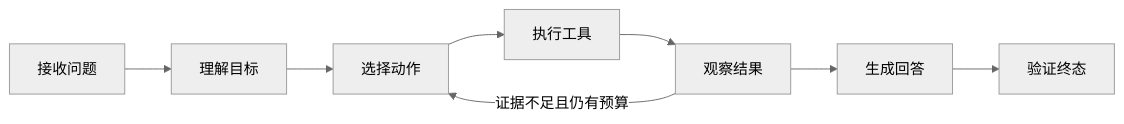
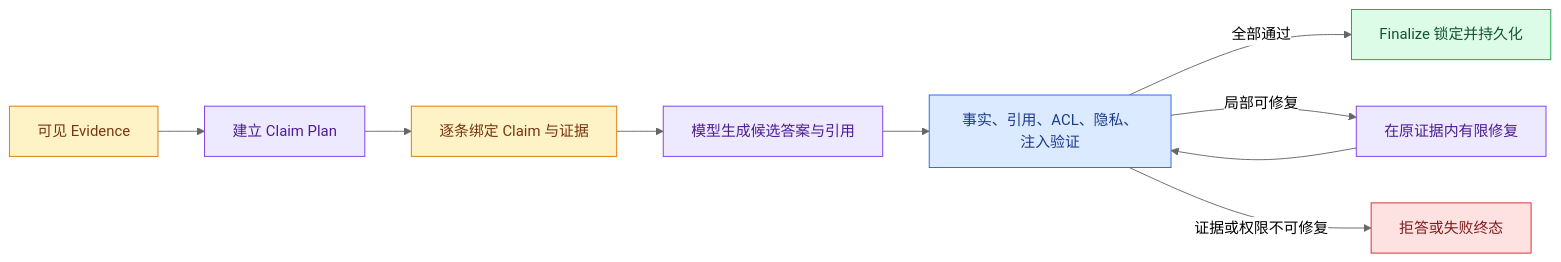
One commit to upJiang/jiang-blog-vitepress changed the fifth of 6 diagrams in docs/ai-agent/agent-lifecycle.md. Above: the diagram before and after it, drawn with Mermaid (neutral theme). The commit also changed other lines of this file and 425 other files, not shown here.

````diff
--- a/docs/ai-agent/agent-lifecycle.md
+++ b/docs/ai-agent/agent-lifecycle.md
@@ -49,10 +394,22 @@
 ```mermaid
 flowchart LR
-  A[接收问题] --> B[理解目标]
-  B --> C[选择动作]
-  C --> D[执行工具]
-  D --> E[观察结果]
-  E --> F[生成回答]
-  F --> G[验证终态]
-  E -->|证据不足且仍有预算| C
+  E[可见 Evidence] --> CP[建立 Claim Plan]
+  CP --> B[逐条绑定 Claim 与证据]
+  B --> D[模型生成候选答案与引用]
+  D --> V[事实、引用、ACL、隐私、注入验证]
+  V -->|全部通过| F[Finalize 锁定并持久化]
+  V -->|局部可修复| R[在原证据内有限修复]
+  R --> V
+  V -->|证据或权限不可修复| X[拒答或失败终态]
+
+  classDef model fill:#ede9fe,stroke:#7c3aed,color:#4c1d95
+  classDef program fill:#dbeafe,stroke:#2563eb,color:#1e3a8a
+  classDef data fill:#fef3c7,stroke:#d97706,color:#78350f
+  classDef ok fill:#dcfce7,stroke:#16a34a,color:#14532d
+  classDef fail fill:#fee2e2,stroke:#dc2626,color:#7f1d1d
+  class E,B data
+  class CP,D,R model
+  class V program
+  class F ok
+  class X fail
 ```
````
